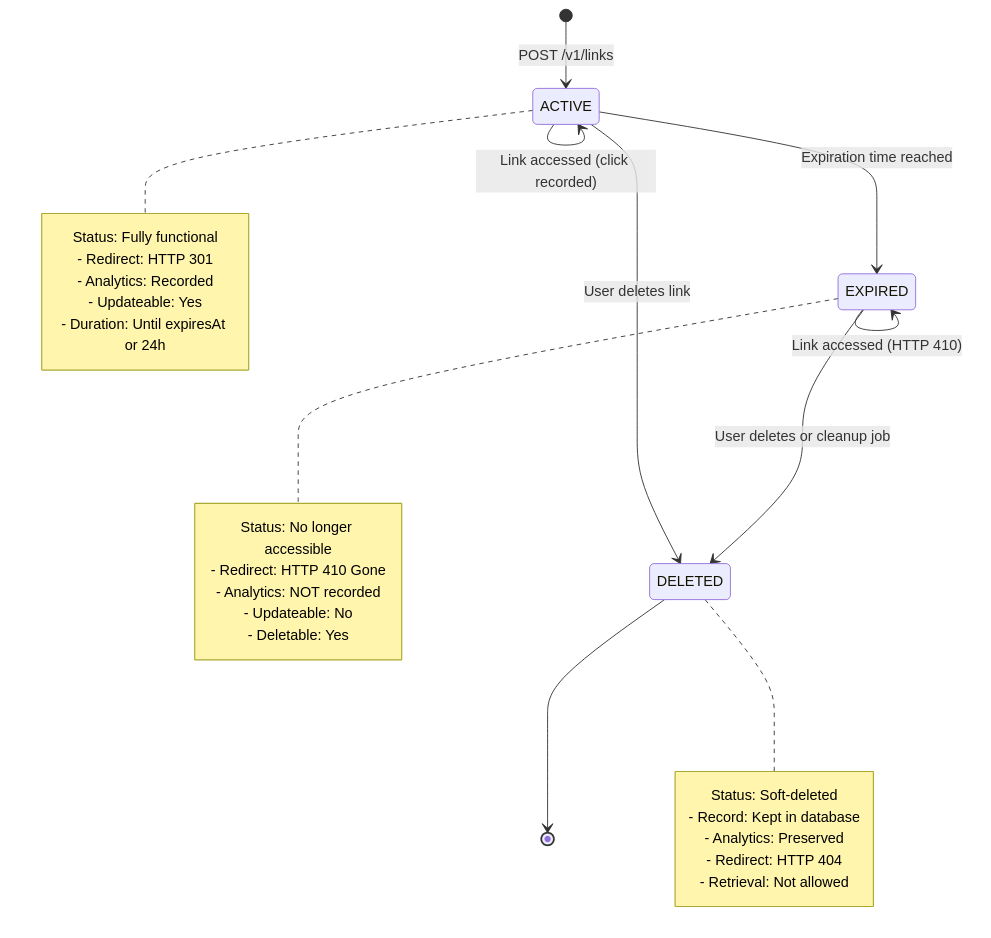
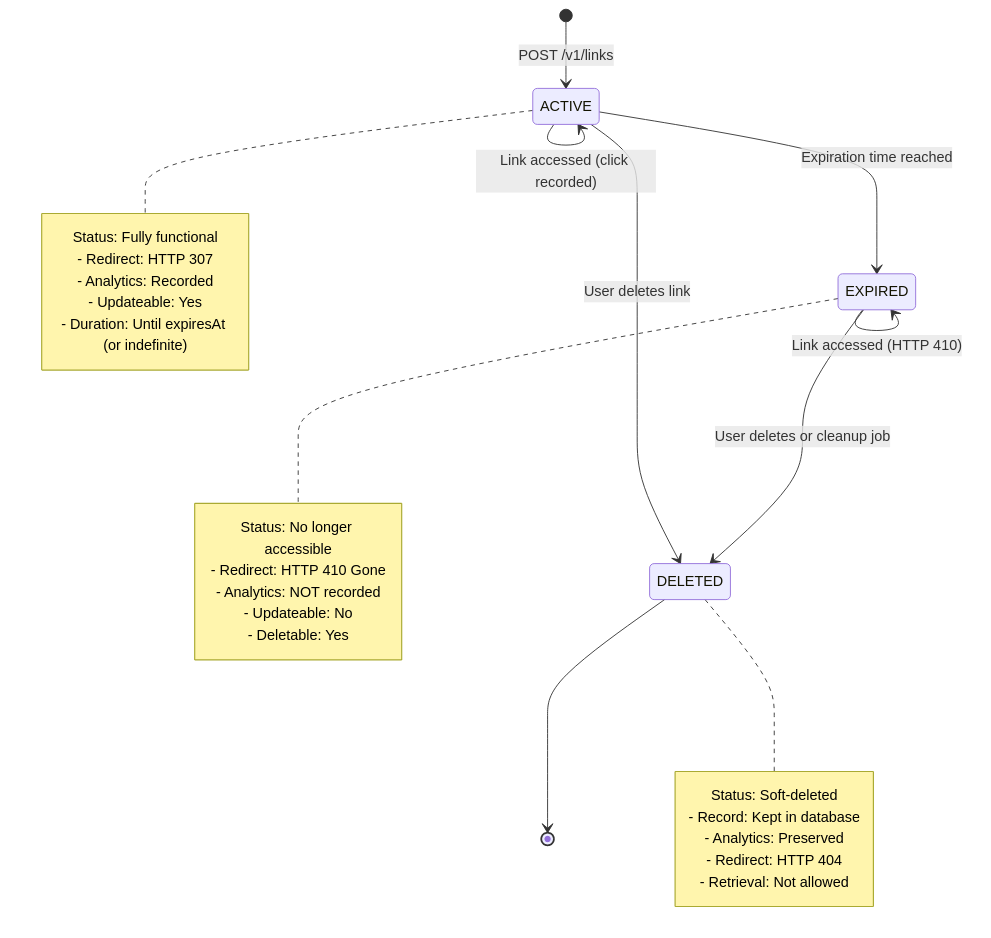
One commit to dsharma-lab/shrtnr changed the diagram in specs/diagrams/state-diagram.md. Above: the diagram before and after it, drawn with Mermaid. The commit also changed 3 other files, not shown here.

````diff
--- a/specs/diagrams/state-diagram.md
+++ b/specs/diagrams/state-diagram.md
@@ -3,37 +3,37 @@
 ```mermaid
 stateDiagram-v2
     [*] --> ACTIVE: POST /v1/links
     
     ACTIVE --> EXPIRED: Expiration time reached
     ACTIVE --> DELETED: User deletes link
     ACTIVE --> ACTIVE: Link accessed (click recorded)
     
     EXPIRED --> DELETED: User deletes or cleanup job
     EXPIRED --> EXPIRED: Link accessed (HTTP 410)
     
     DELETED --> [*]
     
     note right of ACTIVE
         Status: Fully functional
-        - Redirect: HTTP 301
+        - Redirect: HTTP 307
         - Analytics: Recorded
         - Updateable: Yes
-        - Duration: Until expiresAt or 24h
+        - Duration: Until expiresAt (or indefinite)
     end note
     
     note right of EXPIRED
         Status: No longer accessible
         - Redirect: HTTP 410 Gone
         - Analytics: NOT recorded
         - Updateable: No
         - Deletable: Yes
     end note
     
     note right of DELETED
         Status: Soft-deleted
         - Record: Kept in database
         - Analytics: Preserved
         - Redirect: HTTP 404
         - Retrieval: Not allowed
     end note
 ```
````
